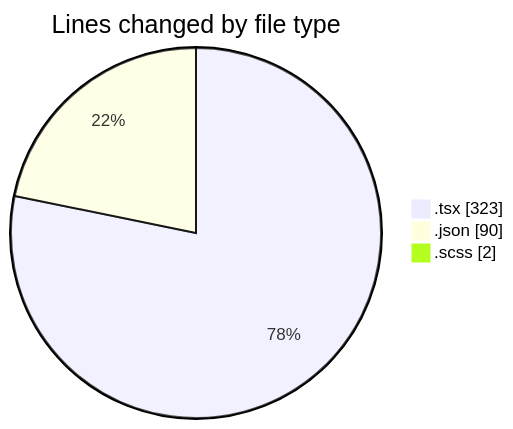
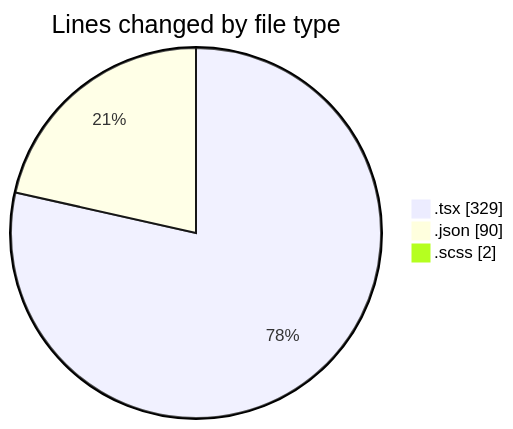
Before and after one commit to momahboobian/code-tracking: the first of 2 diagrams in 2026-05-13/cda/README.md, drawn with Mermaid. The commit also changed other lines of this file and 1 other file, not shown here.

````diff
--- a/2026-05-13/cda/README.md
+++ b/2026-05-13/cda/README.md
@@ -24,7 +24,7 @@
 ```mermaid
 pie showData
 title Lines changed by file type
-".tsx" : 323
+".tsx" : 329
 ".json" : 90
 ".scss" : 2
 ```
````
